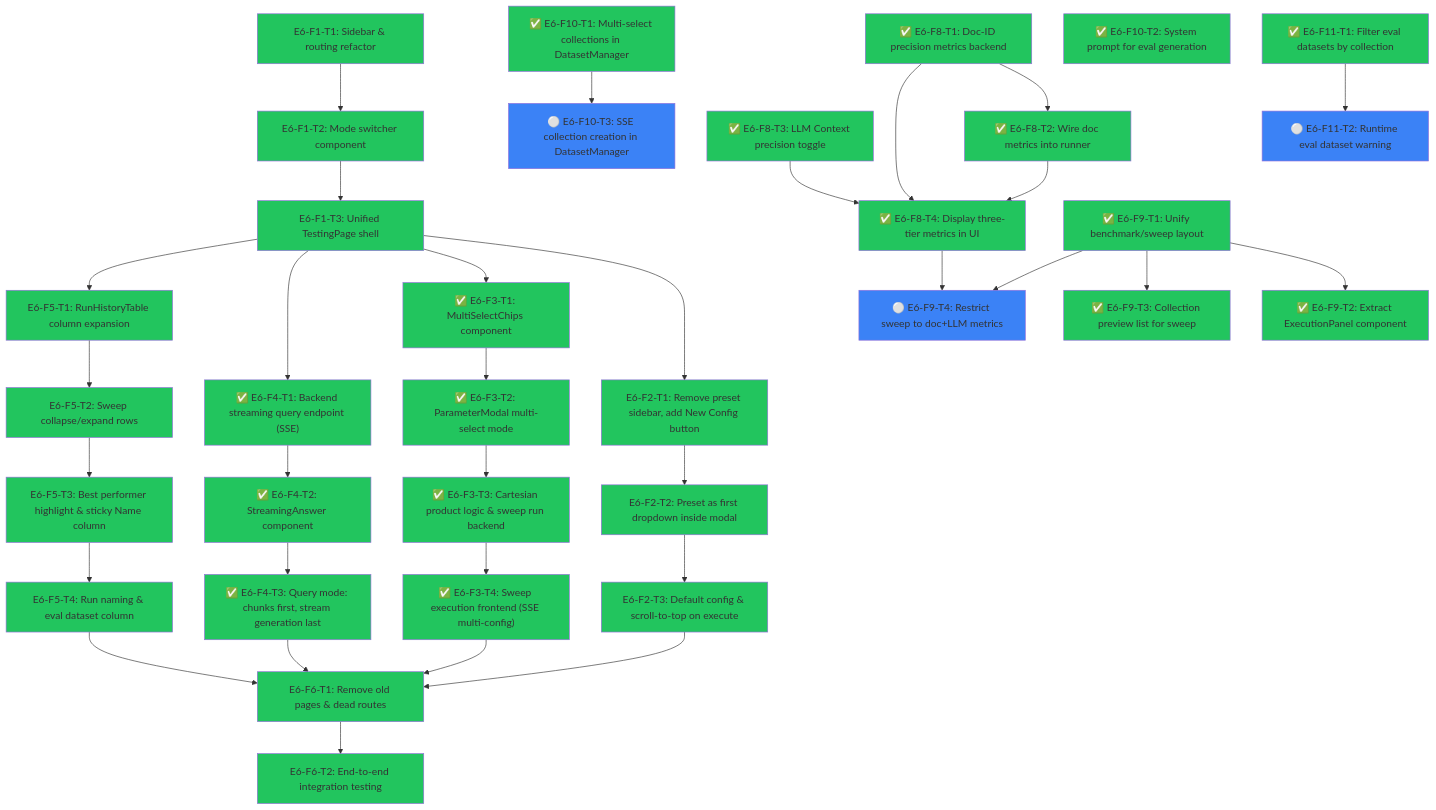
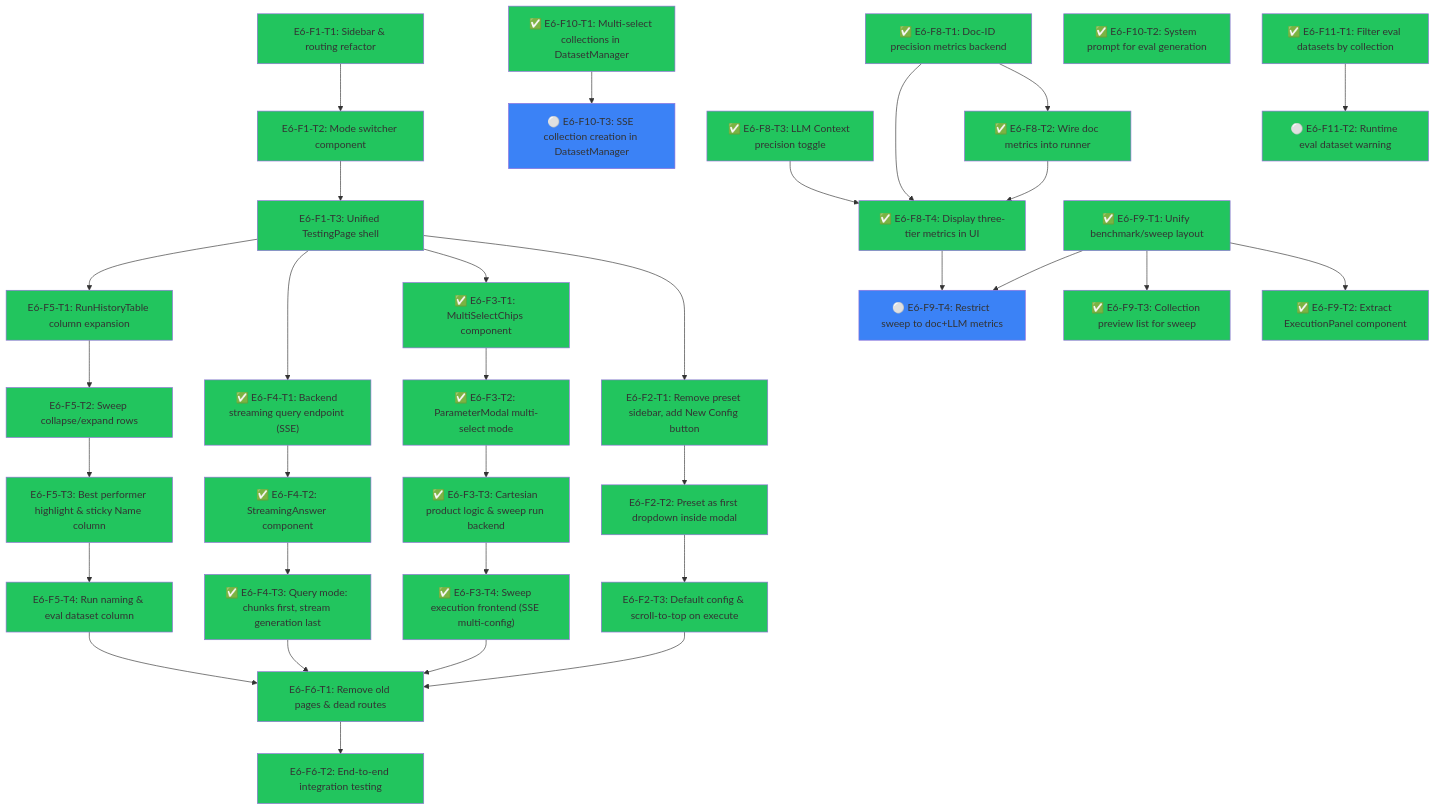
One commit to Vutiot/EvenementsRAG changed the diagram in roadmap_unification.md. Above: the diagram before and after it, drawn with Mermaid. The commit also changed other lines of this file and 6 other files, not shown here.

````diff
--- a/roadmap_unification.md
+++ b/roadmap_unification.md
@@ -128,5 +128,5 @@
   style E6F10T2 fill:#22c55e
   style E6F10T3 fill:#3b82f6
   style E6F11T1 fill:#22c55e
-  style E6F11T2 fill:#3b82f6
+  style E6F11T2 fill:#22c55e
 ```
````
